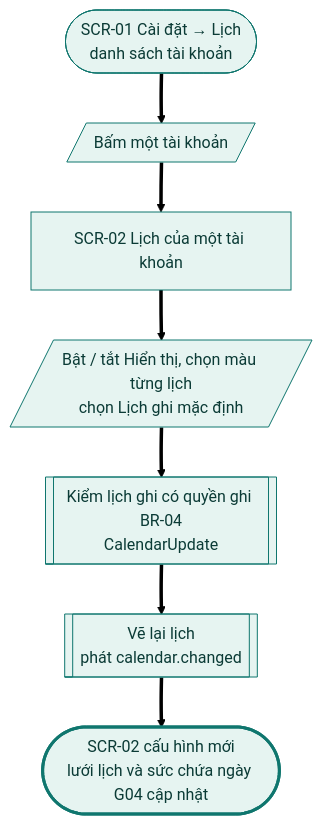
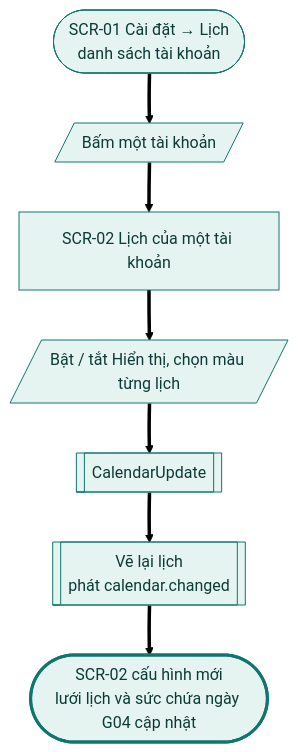
One commit to tannguyenho/personal-app changed the third of 22 diagrams in docs/design-brief/flow/g05-lich-timebox.md. Above: the diagram before and after it, drawn with Mermaid (forest theme). The commit also changed other lines of this file and 7 other files, not shown here.

First line of the commit message:
docs(G05, G07): áp quyết định PO 09/11 vào SRS, PRD, flow; QC-10, IA khay

````diff
--- a/docs/design-brief/flow/g05-lich-timebox.md
+++ b/docs/design-brief/flow/g05-lich-timebox.md
@@ -134,24 +134,24 @@
 ```mermaid
 flowchart TD
   start(["SCR-01 Cài đặt → Lịch<br/>danh sách tài khoản"])
   u1[/"Bấm một tài khoản"/]
   s1["SCR-02 Lịch của một tài khoản"]
-  u2[/"Bật / tắt Hiển thị, chọn màu từng lịch<br/>chọn Lịch ghi mặc định"/]
-  p1[["Kiểm lịch ghi có quyền ghi BR-04<br/>CalendarUpdate"]]
+  u2[/"Bật / tắt Hiển thị, chọn màu từng lịch"/]
+  p1[["CalendarUpdate"]]
   p2[["Vẽ lại lịch<br/>phát calendar.changed"]]
   ok(["SCR-02 cấu hình mới<br/>lưới lịch và sức chứa ngày G04 cập nhật"])
 
   start ==> u1 ==> s1 ==> u2 ==> p1 ==> p2 ==> ok
 
   class start,u1,s1,u2,p1,p2 happy
   class ok done
   classDef happy fill:#E6F4F1,stroke:#0F766E,color:#0B3B36
   classDef alt fill:#F1F3F5,stroke:#6B7280,color:#1F2937
   classDef err fill:#FDECEC,stroke:#B42318,color:#5C1010
   classDef warn fill:#FEF4E2,stroke:#B45309,color:#4A2604
   classDef ai fill:#F1ECFD,stroke:#6D28D9,color:#2E1065
   classDef sync fill:#FFFFFF,stroke:#6B7280,stroke-dasharray:4 3,color:#1F2937
   classDef link fill:#FFFFFF,stroke:#0F766E,stroke-dasharray:4 3,color:#0B3B36
   classDef done fill:#E6F4F1,stroke:#0F766E,stroke-width:3px,color:#0B3B36
   classDef fail fill:#FDECEC,stroke:#B42318,stroke-width:3px,color:#5C1010
 ```
````
